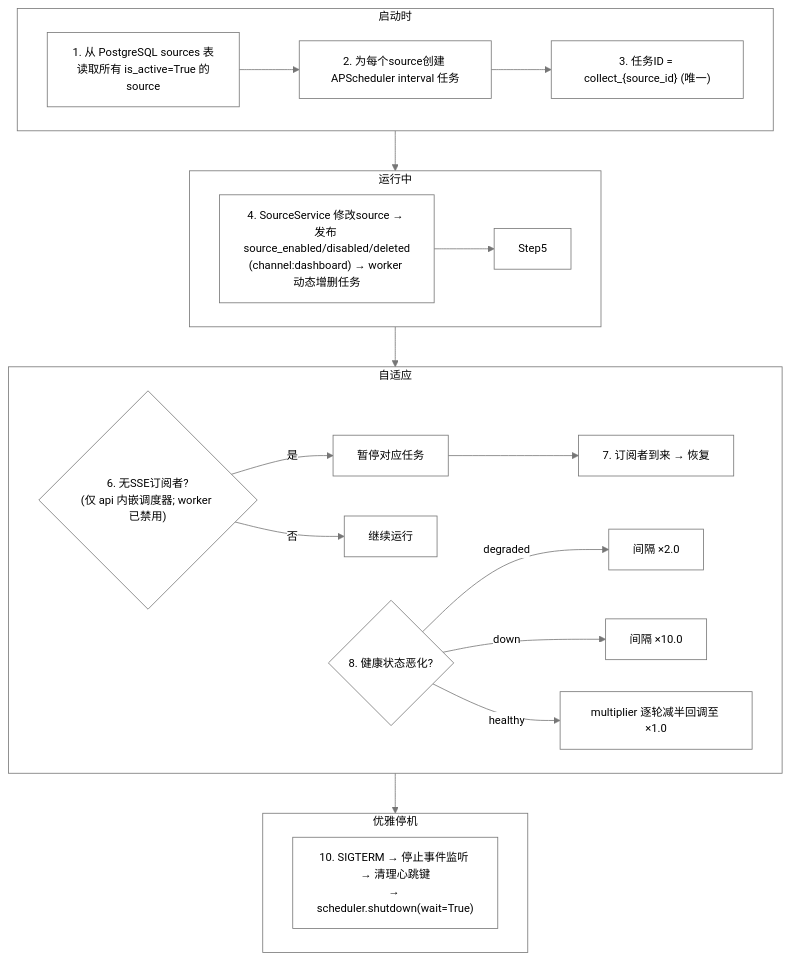
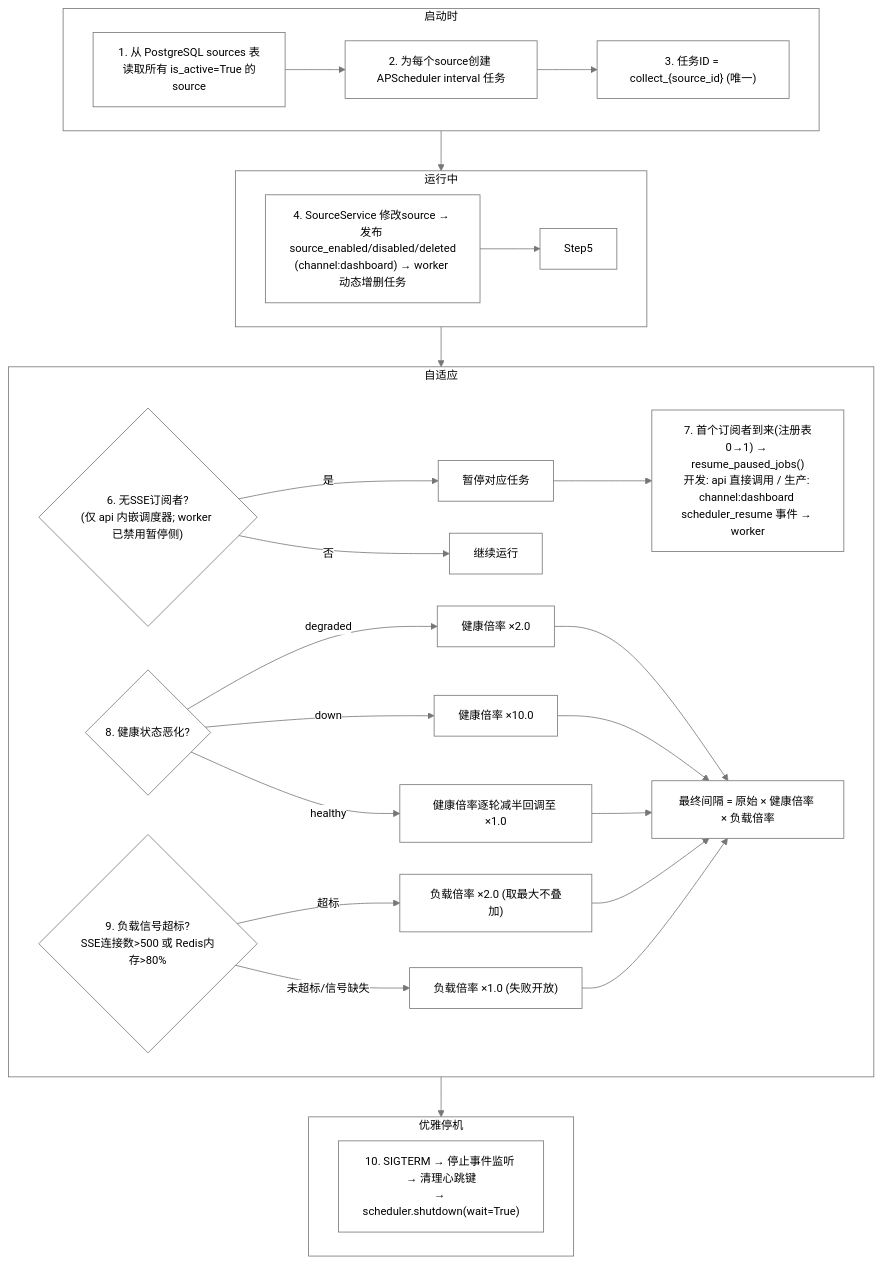
Before and after one commit to onceme/instantboard: the fourth of 12 diagrams in docs/dev-guide/design/data-flow.md, drawn with Mermaid. The commit also changed other lines of this file and 9 other files, not shown here.

Commit message:
feat: load-aware collection throttling with subscriber resume hook

````diff
--- a/docs/dev-guide/design/data-flow.md
+++ b/docs/dev-guide/design/data-flow.md
@@ -323,32 +336,40 @@
 ```mermaid
 %%{init: {"theme": "base", "themeVariables": {"primaryColor": "#ffffff", "primaryTextColor": "#000000", "primaryBorderColor": "#767676", "lineColor": "#767676", "arrowheadColor": "#767676", "secondaryColor": "#ffffff", "secondaryTextColor": "#000000", "secondaryBorderColor": "#767676", "tertiaryColor": "#ffffff", "tertiaryTextColor": "#000000", "tertiaryBorderColor": "#767676", "edgeLabelBackground": "#ffffff", "textColor": "#000000", "nodeTextColor": "#000000", "mainBkg": "#ffffff", "nodeBorder": "#767676", "clusterBkg": "#ffffff", "clusterBdr": "#767676", "clusterTextColor": "#000000", "titleColor": "#000000", "fontSize": "14px"}, "flowchart": {"nodeSpacing": 40, "rankSpacing": 50, "wrappingWidth": 180, "useMaxWidth": true}}}%%
 graph TD
     subgraph Startup["启动时"]
         Step1["1. 从 PostgreSQL sources 表读取所有 is_active=True 的source"]
         Step2["2. 为每个source创建 APScheduler interval 任务"]
         Step3["3. 任务ID = collect_{source_id} (唯一)"]
         Step1 --> Step2 --> Step3
     end
 
     subgraph Running["运行中"]
         Step4["4. SourceService 修改source → 发布 source_enabled/disabled/deleted<br>(channel:dashboard) → worker 动态增删任务"]
         Step4 --> Step5
     end
 
     subgraph Adaptive["自适应"]
-        Step6{"6. 无SSE订阅者?<br>(仅 api 内嵌调度器; worker 已禁用)"}
+        Step6{"6. 无SSE订阅者?<br>(仅 api 内嵌调度器; worker 已禁用暂停侧)"}
         Step6 -->|"是"| PauseTask["暂停对应任务"]
         Step6 -->|"否"| KeepRunning["继续运行"]
-        PauseTask --> Step7["7. 订阅者到来 → 恢复"]
+        PauseTask --> Step7["7. 首个订阅者到来(注册表0→1) → resume_paused_jobs()<br>开发: api 直接调用 / 生产: channel:dashboard scheduler_resume 事件 → worker"]
         Step8{"8. 健康状态恶化?"}
-        Step8 -->|"degraded"| ReduceFreq1["间隔 ×2.0"]
-        Step8 -->|"down"| ReduceFreq2["间隔 ×10.0"]
-        Step8 -->|"healthy"| Recover["multiplier 逐轮减半回调至 ×1.0"]
+        Step8 -->|"degraded"| ReduceFreq1["健康倍率 ×2.0"]
+        Step8 -->|"down"| ReduceFreq2["健康倍率 ×10.0"]
+        Step8 -->|"healthy"| Recover["健康倍率逐轮减半回调至 ×1.0"]
+        Step9{"9. 负载信号超标?<br>SSE连接数>500 或 Redis内存>80%"}
+        Step9 -->|"超标"| LoadThrottle["负载倍率 ×2.0 (取最大不叠加)"]
+        Step9 -->|"未超标/信号缺失"| LoadNormal["负载倍率 ×1.0 (失败开放)"]
+        ReduceFreq1 --> Combine["最终间隔 = 原始 × 健康倍率 × 负载倍率"]
+        ReduceFreq2 --> Combine
+        Recover --> Combine
+        LoadThrottle --> Combine
+        LoadNormal --> Combine
     end
 
     subgraph Shutdown["优雅停机"]
         Step10["10. SIGTERM → 停止事件监听 → 清理心跳键<br>→ scheduler.shutdown(wait=True)"]
     end
 
     Startup --> Running --> Adaptive --> Shutdown
 ```
````
